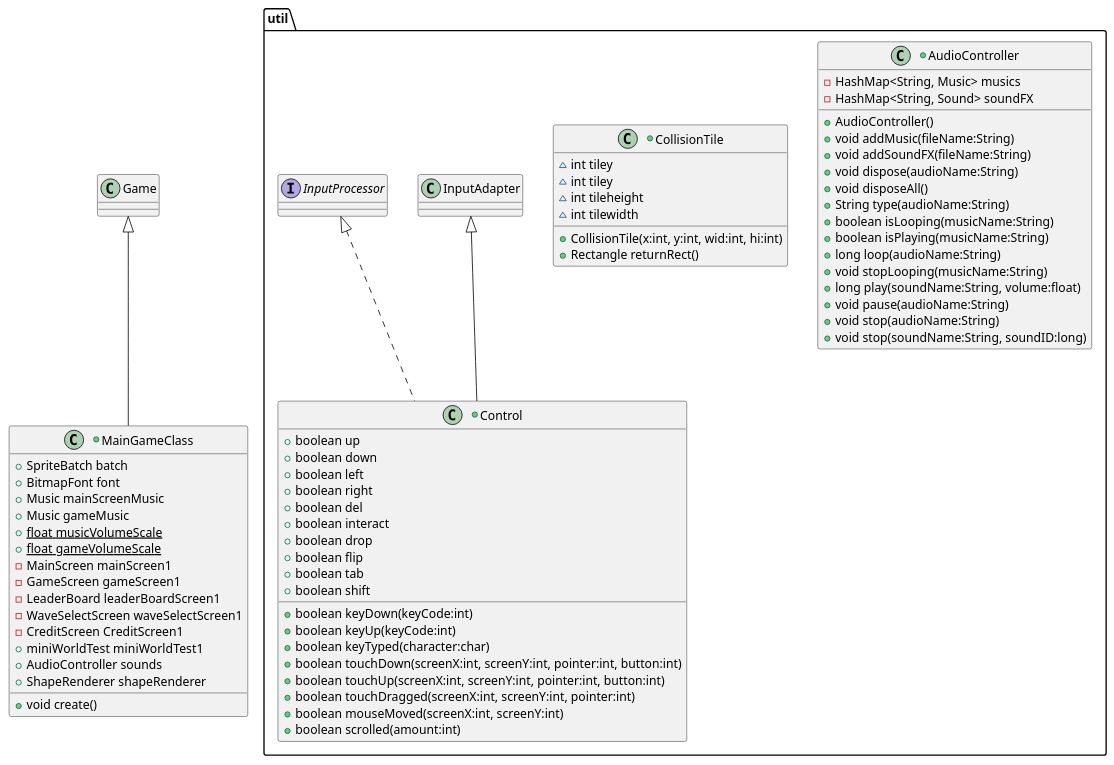
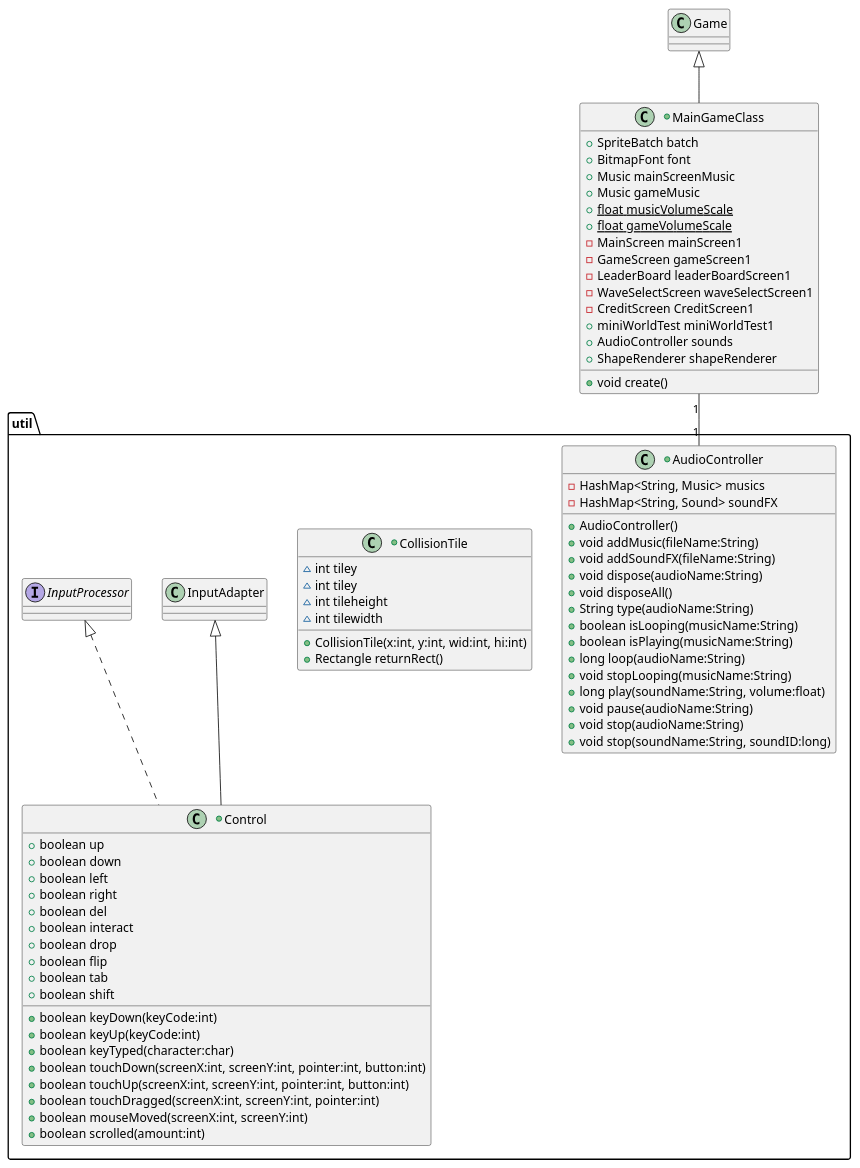
One commit to decassociation/project_eng1_team3 changed the diagram in UMLDiagrams/util_package.puml. Above: the diagram before and after it, drawn with PlantUML. The commit also changed 7 other files, not shown here.

Commit message:
Class diagrams are finished

```diff
--- a/UMLDiagrams/util_package.puml
+++ b/UMLDiagrams/util_package.puml
@@ -1,75 +1,78 @@
 @startuml
 'https://plantuml.com/class-diagram
+
 
 +class MainGameClass extends Game{
 +SpriteBatch batch
 +BitmapFont font
 +Music mainScreenMusic
 +Music gameMusic
 +{static} float musicVolumeScale
 +{static} float gameVolumeScale
 -MainScreen mainScreen1
 -GameScreen gameScreen1
 -LeaderBoard leaderBoardScreen1
 -WaveSelectScreen waveSelectScreen1
 -CreditScreen CreditScreen1
 +miniWorldTest miniWorldTest1
 +AudioController sounds
 +ShapeRenderer shapeRenderer
 +void create()
 }
 
 package "util"{
+
+MainGameClass "1" -- "1" AudioController
 
 +class AudioController{
 -HashMap<String, Music> musics
 -HashMap<String, Sound> soundFX
 +AudioController()
 +void addMusic(fileName:String)
 +void addSoundFX(fileName:String)
 +void dispose(audioName:String)
 +void disposeAll()
 +String type(audioName:String)
 +boolean isLooping(musicName:String)
 +boolean isPlaying(musicName:String)
 +long loop(audioName:String)
 +void stopLooping(musicName:String)
 +long play(soundName:String, volume:float)
 +void pause(audioName:String)
 +void stop(audioName:String)
 +void stop(soundName:String, soundID:long)
 }
 
 +class CollisionTile{
 ~int tiley
 ~int tiley
 ~int tileheight
 ~int tilewidth
 +CollisionTile(x:int, y:int, wid:int, hi:int)
 +Rectangle returnRect()
 }
 
 +class Control extends InputAdapter implements InputProcessor{
 +boolean up
 +boolean down
 +boolean left
 +boolean right
 +boolean del
 +boolean interact
 +boolean drop
 +boolean flip
 +boolean tab
 +boolean shift
 +boolean keyDown(keyCode:int)
 +boolean keyUp(keyCode:int)
 +boolean keyTyped(character:char)
 +boolean touchDown(screenX:int, screenY:int, pointer:int, button:int)
 +boolean touchUp(screenX:int, screenY:int, pointer:int, button:int)
 +boolean touchDragged(screenX:int, screenY:int, pointer:int)
 +boolean mouseMoved(screenX:int, screenY:int)
 +boolean scrolled(amount:int)
 }
 
 }
 
 @enduml
```
